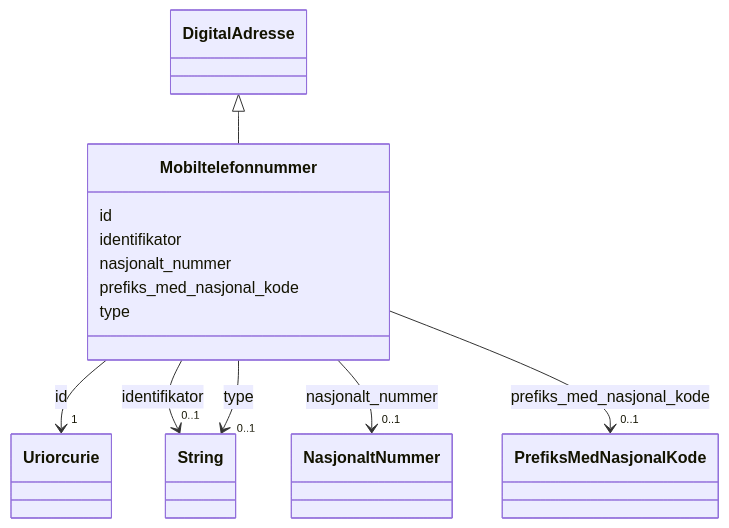
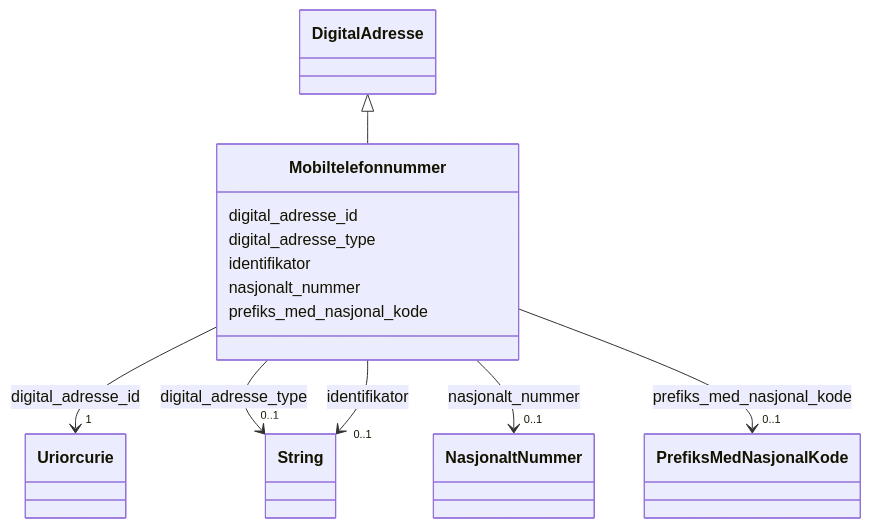
Before and after one commit to brreg/linkml-datamodellering-no: the diagram in mkdocs/docs/felles/brreg-felles-aktoer/klasser/mobiltelefonnummer.md, drawn with Mermaid. The commit also changed other lines of this file and 340 other files, not shown here.

First line of the commit message:
feat(felles): splitt brreg-felles-adresse i geografisk og digital adresse

````diff
--- a/mkdocs/docs/felles/brreg-felles-aktoer/klasser/mobiltelefonnummer.md
+++ b/mkdocs/docs/felles/brreg-felles-aktoer/klasser/mobiltelefonnummer.md
@@ -18,64 +18,64 @@
 ```mermaid
  classDiagram
     class Mobiltelefonnummer
     click Mobiltelefonnummer href "../mobiltelefonnummer/"
       DigitalAdresse <|-- Mobiltelefonnummer
         click DigitalAdresse href "../digitaladresse/"
       
-      Mobiltelefonnummer : id
+      Mobiltelefonnummer : digital_adresse_id
         
           
     
         
         
-        Mobiltelefonnummer --> "1" Uriorcurie : id
+        Mobiltelefonnummer --> "1" Uriorcurie : digital_adresse_id
         click Uriorcurie href "http://www.w3.org/2001/XMLSchema#anyURI"
+    
+
+        
+      Mobiltelefonnummer : digital_adresse_type
+        
+          
+    
+        
+        
+        Mobiltelefonnummer --> "0..1" String : digital_adresse_type
+        click String href "http://www.w3.org/2001/XMLSchema#string"
     
 
         
       Mobiltelefonnummer : identifikator
         
           
     
         
         
         Mobiltelefonnummer --> "0..1" String : identifikator
         click String href "http://www.w3.org/2001/XMLSchema#string"
     
 
         
       Mobiltelefonnummer : nasjonalt_nummer
         
           
     
         
         
         Mobiltelefonnummer --> "0..1" NasjonaltNummer : nasjonalt_nummer
         click NasjonaltNummer href "../nasjonaltnummer/"
     
 
         
       Mobiltelefonnummer : prefiks_med_nasjonal_kode
         
           
     
         
         
         Mobiltelefonnummer --> "0..1" PrefiksMedNasjonalKode : prefiks_med_nasjonal_kode
         click PrefiksMedNasjonalKode href "../prefiksmednasjonalkode/"
     
 
         
-      Mobiltelefonnummer : type
-        
-          
-    
-        
-        
-        Mobiltelefonnummer --> "0..1" String : type
-        click String href "http://www.w3.org/2001/XMLSchema#string"
-    
-
-        
       
 ```
````
